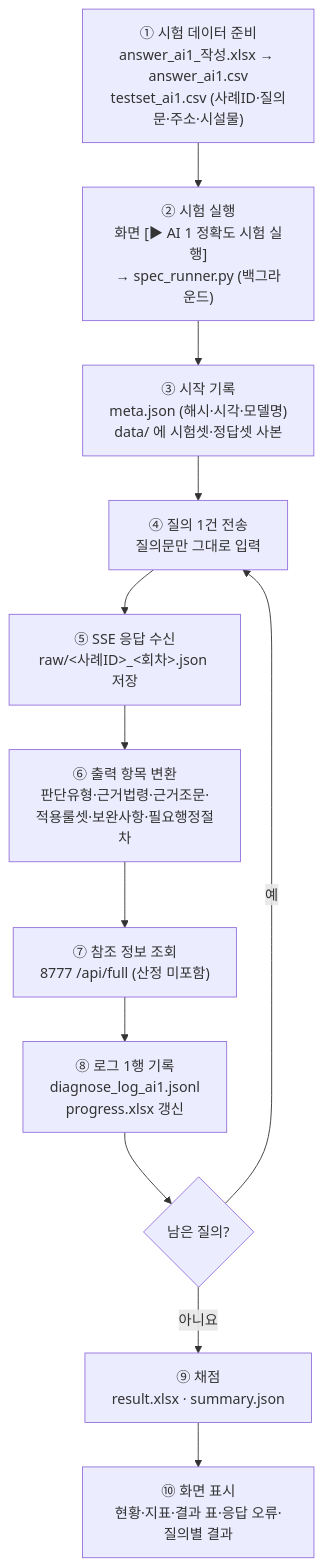
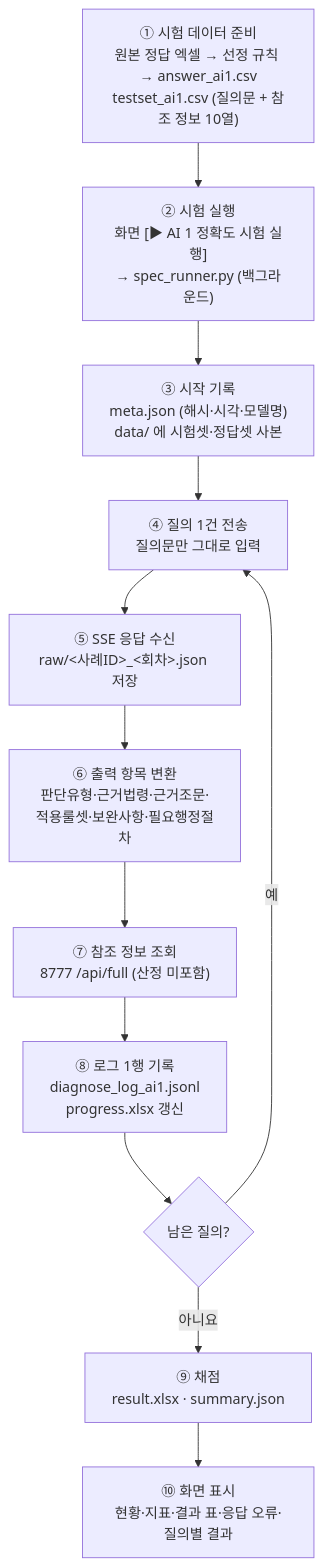
Before and after one commit to eunkyeoung/nipa_ai_eval: the second of 2 diagrams in 시스템_아키텍처.md, drawn with Mermaid. The commit also changed other lines of this file and 4 other files, not shown here.

````diff
--- a/시스템_아키텍처.md
+++ b/시스템_아키텍처.md
@@ -144,14 +151,14 @@
 ```mermaid
 flowchart TD
-    A["① 시험 데이터 준비<br/>answer_ai1_작성.xlsx → answer_ai1.csv<br/>testset_ai1.csv (사례ID·질의문·주소·시설물)"] --> B
+    A["① 시험 데이터 준비<br/>원본 정답 엑셀 → 선정 규칙 → answer_ai1.csv<br/>testset_ai1.csv (질의문 + 참조 정보 10열)"] --> B
     B["② 시험 실행<br/>화면 [▶ AI 1 정확도 시험 실행]<br/>→ spec_runner.py (백그라운드)"] --> C
     C["③ 시작 기록<br/>meta.json (해시·시각·모델명)<br/>data/ 에 시험셋·정답셋 사본"] --> D
     D["④ 질의 1건 전송<br/>질의문만 그대로 입력"] --> E
     E["⑤ SSE 응답 수신<br/>raw/&lt;사례ID&gt;_&lt;회차&gt;.json 저장"] --> F
     F["⑥ 출력 항목 변환<br/>판단유형·근거법령·근거조문·적용룰셋·보완사항·필요행정절차"] --> G
     G["⑦ 참조 정보 조회<br/>8777 /api/full (산정 미포함)"] --> H
     H["⑧ 로그 1행 기록<br/>diagnose_log_ai1.jsonl<br/>progress.xlsx 갱신"] --> I{"남은 질의?"}
     I -- 예 --> D
     I -- 아니요 --> J["⑨ 채점<br/>result.xlsx · summary.json"]
     J --> K["⑩ 화면 표시<br/>현황·지표·결과 표·응답 오류·질의별 결과"]
 ```
````
